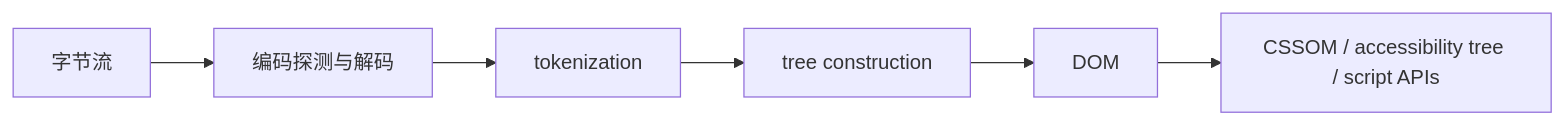
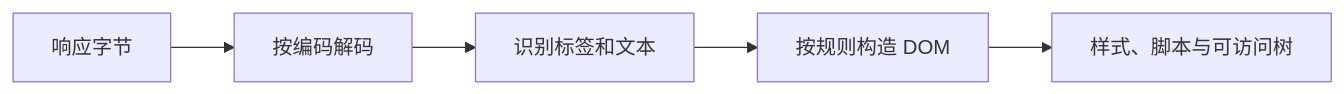
One commit to upJiang/jiang-blog-vitepress changed the diagram in docs/frontend/relearn/html/html_standard.md. Above: the diagram before and after it, drawn with Mermaid. The commit also changed other lines of this file and 164 other files, not shown here.

````diff
--- a/docs/frontend/relearn/html/html_standard.md
+++ b/docs/frontend/relearn/html/html_standard.md
@@ -19,8 +21,7 @@
 ```mermaid
 flowchart LR
-  B[字节流] --> E[编码探测与解码]
-  E --> T[tokenization]
-  T --> C[tree construction]
-  C --> D[DOM]
-  D --> A[CSSOM / accessibility tree / script APIs]
+  A[响应字节] --> B[按编码解码]
+  B --> C[识别标签和文本]
+  C --> D[按规则构造 DOM]
+  D --> E[样式、脚本与可访问树]
 ```
````
